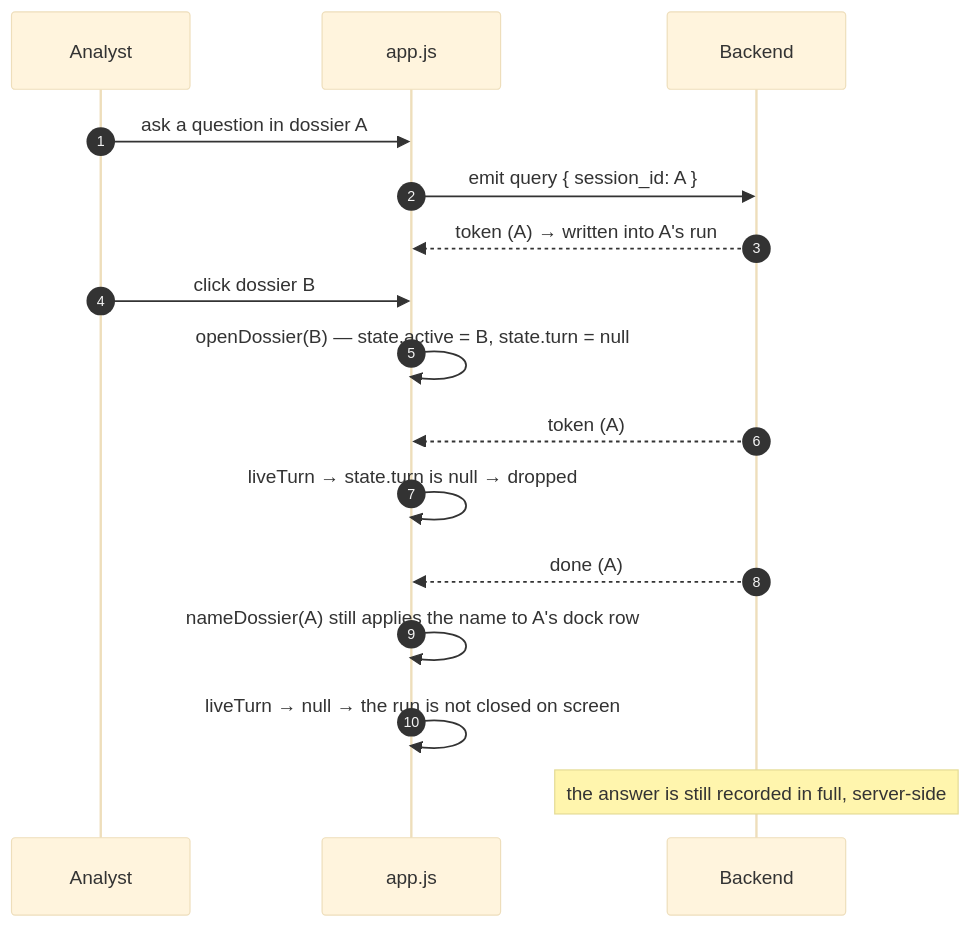
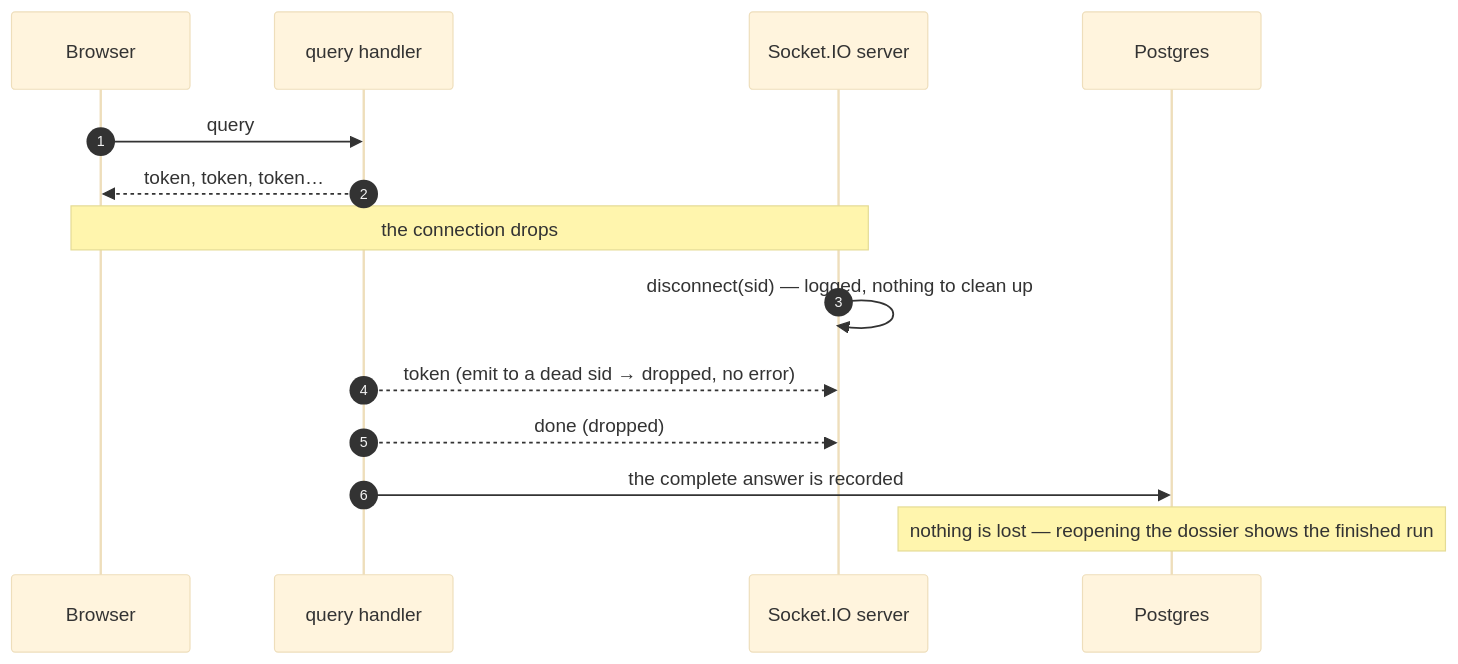
Diagram 15 of 20 in docs/FRONTEND-SOCKETIO.md (selvakumarperumal/Corporate_Filing_Analyzer_Agent), drawn with Mermaid (base theme) before and after one commit. The commit also changed other lines of this file and 3 other files, not shown here.

````diff
--- a/docs/FRONTEND-SOCKETIO.md
+++ b/docs/FRONTEND-SOCKETIO.md
@@ -898,19 +1035,17 @@
 ```mermaid
 sequenceDiagram
   autonumber
-  participant U as Analyst
-  participant App as app.js
-  participant SIO as Backend
+  participant B as Browser
+  participant H as query handler
+  participant SIO as Socket.IO server
+  participant DB as Postgres
 
-  U->>App: ask a question in dossier A
-  App->>SIO: emit query { session_id: A }
-  SIO-->>App: token (A) → written into A's run
-  U->>App: click dossier B
-  App->>App: openDossier(B) — state.active = B, state.turn = null
-  SIO-->>App: token (A)
-  App->>App: liveTurn → state.turn is null → dropped
-  SIO-->>App: done (A)
-  App->>App: nameDossier(A) still applies the name to A's dock row
-  App->>App: liveTurn → null → the run is not closed on screen
-  Note over SIO: the answer is still recorded in full, server-side
+  B->>H: query
+  H-->>B: token, token, token…
+  Note over B,SIO: the connection drops
+  SIO->>SIO: disconnect(sid) — logged, nothing to clean up
+  H-->>SIO: token (emit to a dead sid → dropped, no error)
+  H-->>SIO: done (dropped)
+  H->>DB: the complete answer is recorded
+  Note over DB: nothing is lost — reopening the dossier shows the finished run
 ```
````
